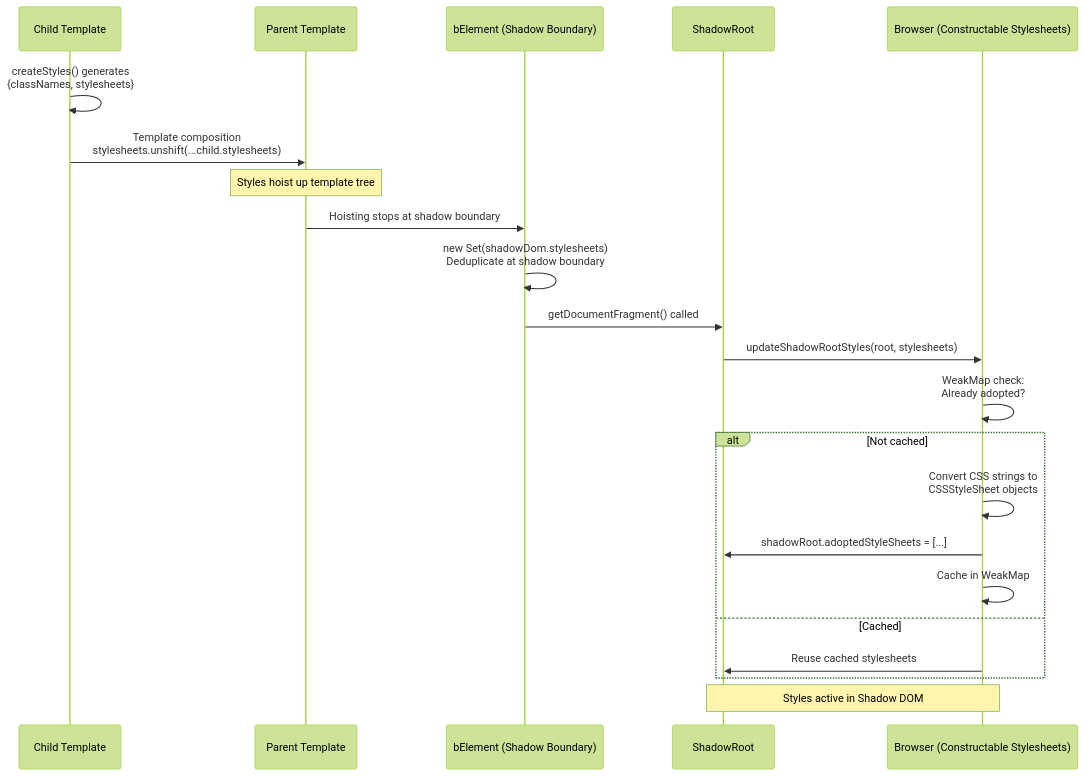
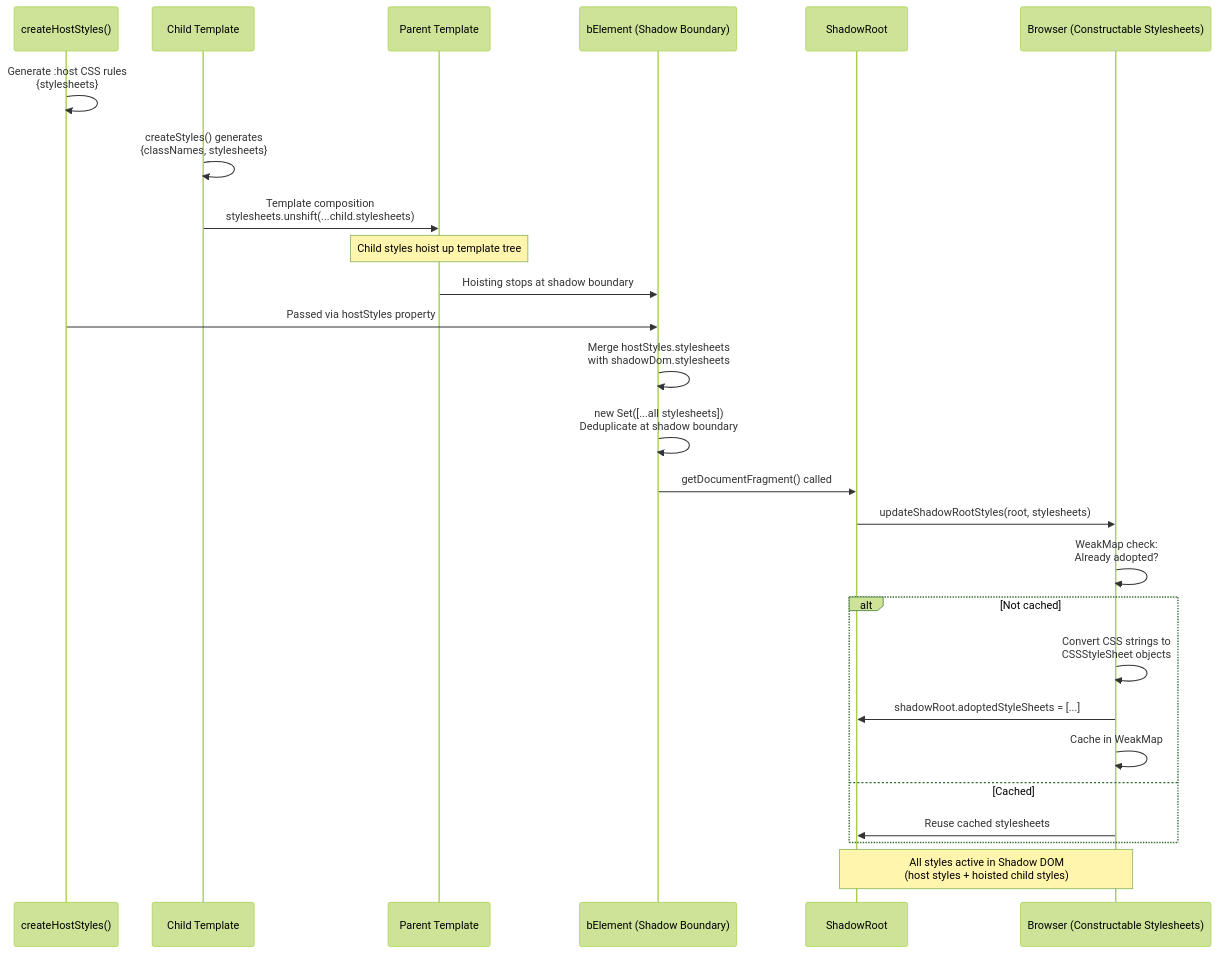
The diagram in plugins/studio/.claude/rules/plaited/css-in-js.md (plaited/plaited), drawn with Mermaid (forest theme) before and after one commit. The commit also changed other lines of this file, not shown here.

First line of the commit message:
docs: clarify createHostStyles usage and adoption flow

````diff
--- a/plugins/studio/.claude/rules/plaited/css-in-js.md
+++ b/plugins/studio/.claude/rules/plaited/css-in-js.md
@@ -752,25 +778,29 @@
 ```mermaid
 sequenceDiagram
+    participant HostStyles as createHostStyles()
     participant Child as Child Template
     participant Parent as Parent Template
     participant BElement as bElement (Shadow Boundary)
     participant ShadowRoot as ShadowRoot
     participant Browser as Browser (Constructable Stylesheets)
 
+    HostStyles->>HostStyles: Generate :host CSS rules<br/>{stylesheets}
     Child->>Child: createStyles() generates<br/>{classNames, stylesheets}
     Child->>Parent: Template composition<br/>stylesheets.unshift(...child.stylesheets)
-    Note over Parent: Styles hoist up template tree
+    Note over Parent: Child styles hoist up template tree
     Parent->>BElement: Hoisting stops at shadow boundary
-    BElement->>BElement: new Set(shadowDom.stylesheets)<br/>Deduplicate at shadow boundary
+    HostStyles->>BElement: Passed via hostStyles property
+    BElement->>BElement: Merge hostStyles.stylesheets<br/>with shadowDom.stylesheets
+    BElement->>BElement: new Set([...all stylesheets])<br/>Deduplicate at shadow boundary
     BElement->>ShadowRoot: getDocumentFragment() called
     ShadowRoot->>Browser: updateShadowRootStyles(root, stylesheets)
     Browser->>Browser: WeakMap check:<br/>Already adopted?
     alt Not cached
         Browser->>Browser: Convert CSS strings to<br/>CSSStyleSheet objects
         Browser->>ShadowRoot: shadowRoot.adoptedStyleSheets = [...]
         Browser->>Browser: Cache in WeakMap
     else Cached
         Browser->>ShadowRoot: Reuse cached stylesheets
     end
-    Note over ShadowRoot,Browser: Styles active in Shadow DOM
+    Note over ShadowRoot,Browser: All styles active in Shadow DOM<br/>(host styles + hoisted child styles)
 ```
````
